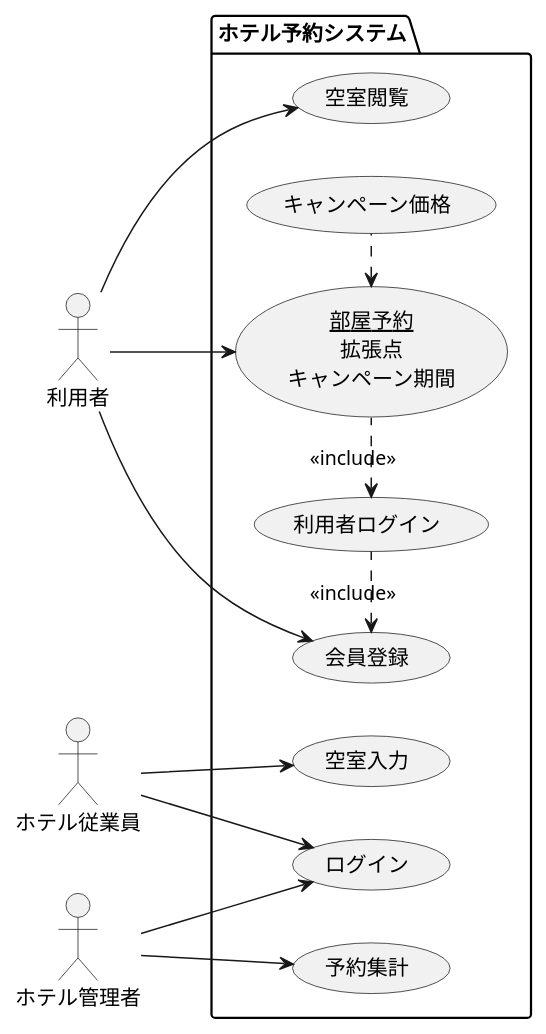
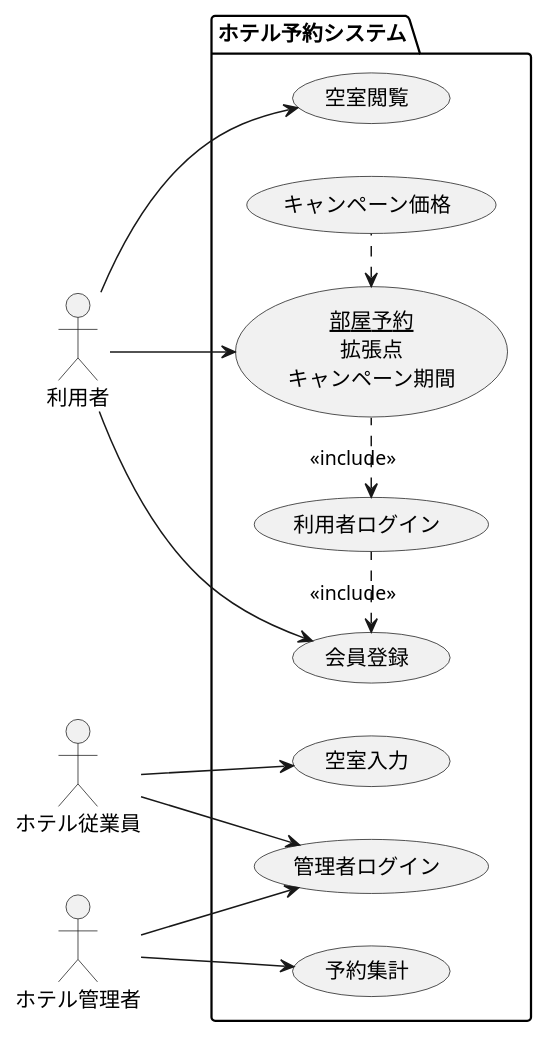
Before and after one commit to hitokin/uml_introduction: the diagram in 演習2-8_UC_ホテル予約システム.pu, drawn with PlantUML. The commit also changed 9 other files, not shown here.

```diff
--- a/演習2-8_UC_ホテル予約システム.pu
+++ b/演習2-8_UC_ホテル予約システム.pu
@@ -1,27 +1,28 @@
 @startuml test
 left to right direction
 actor 利用者
 actor ホテル従業員
 actor ホテル管理者
 package ホテル予約システム{
     usecase 会員登録
     usecase 空室閲覧
     usecase 空室入力
     usecase  (<u>部屋予約</u>\n拡張点\nキャンペーン期間) as input
     usecase 利用者ログイン
     usecase 予約集計
     usecase キャンペーン価格
-    usecase ログイン
+    usecase 管理者ログイン
 }
 利用者 --> 会員登録
 利用者 --> 空室閲覧
 input <. キャンペーン価格 <<extend>>
 利用者ログイン <. input : <<include>>
 会員登録 <. 利用者ログイン : <<include>>
 利用者 --> input
 ホテル従業員 --> 空室入力
-ログイン <-- ホテル従業員
+管理者ログイン <-- ホテル従業員
 ホテル管理者 --> 予約集計
-ログイン <-- ホテル管理者
+管理者ログイン <-- ホテル管理者
+
 
 @enduml
```
